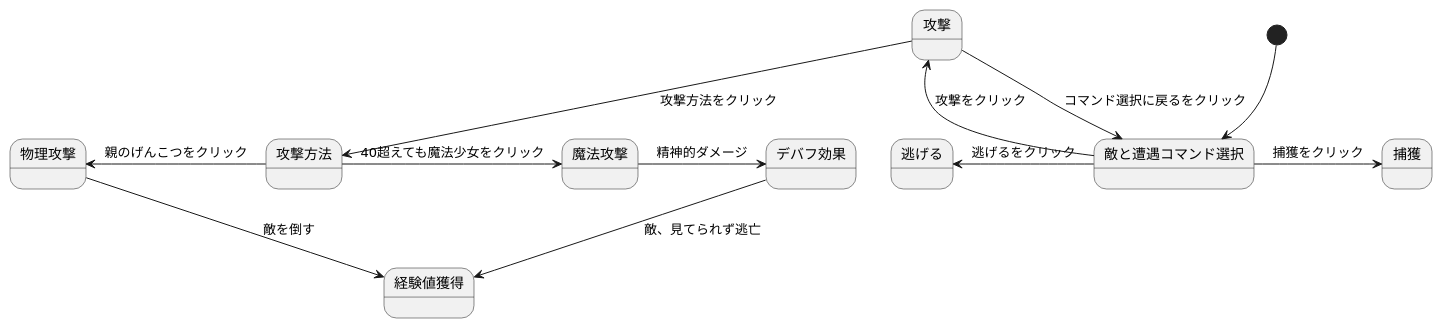
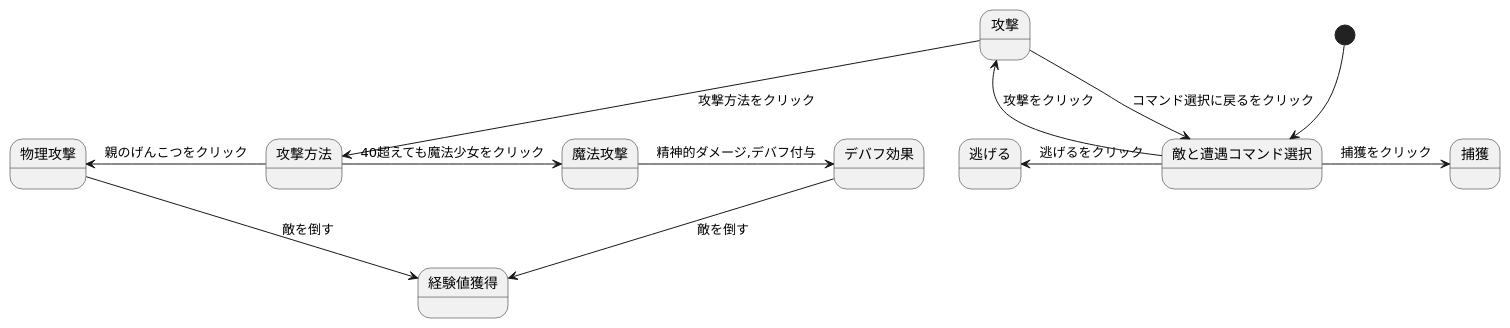
Before and after one commit to Aso2001196/2021sys-design: the diagram in stm01.md, drawn with PlantUML.

````diff
--- a/stm01.md
+++ b/stm01.md
@@ -1,15 +1,15 @@
 ```uml
 @startuml
 [*]--> 敵と遭遇コマンド選択
 敵と遭遇コマンド選択 -> 捕獲 : 捕獲をクリック
 敵と遭遇コマンド選択-left-> 逃げる : 逃げるをクリック
 敵と遭遇コマンド選択--> 攻撃 : 攻撃をクリック
 攻撃 --> 攻撃方法 : 攻撃方法をクリック
 攻撃 --> 敵と遭遇コマンド選択: コマンド選択に戻るをクリック
 攻撃方法 -left-> 物理攻撃 : 親のげんこつをクリック
 物理攻撃 -> 経験値獲得 : 敵を倒す
 攻撃方法 -> 魔法攻撃 : 40超えても魔法少女をクリック
-魔法攻撃 -> デバフ効果 : 精神的ダメージ
-デバフ効果 -down-> 経験値獲得 : 敵、見てられず逃亡
+魔法攻撃 -> デバフ効果 : 精神的ダメージ,デバフ付与
+デバフ効果 -down-> 経験値獲得 :敵を倒す
 @enduml
 ```
````
